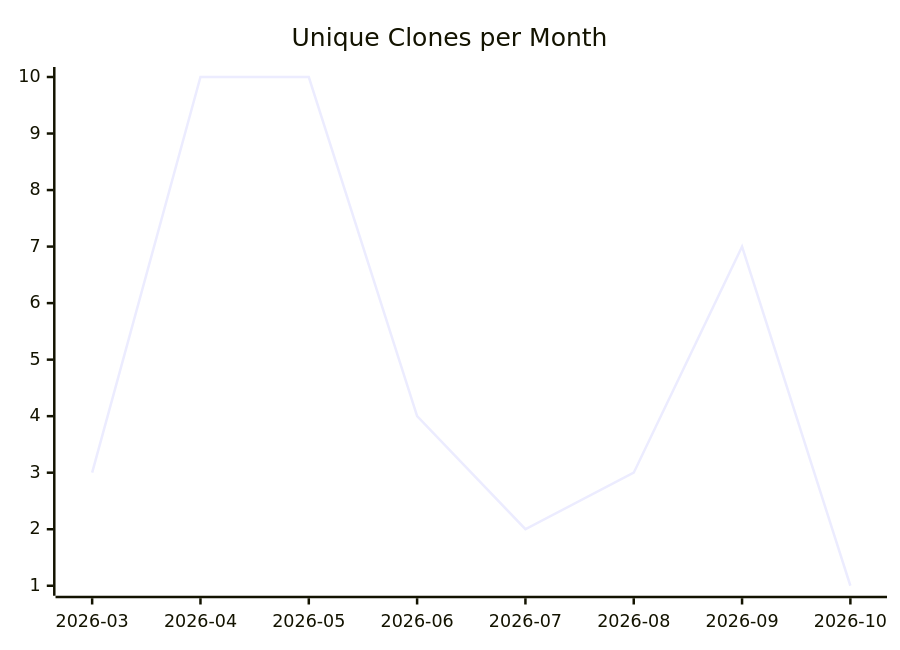
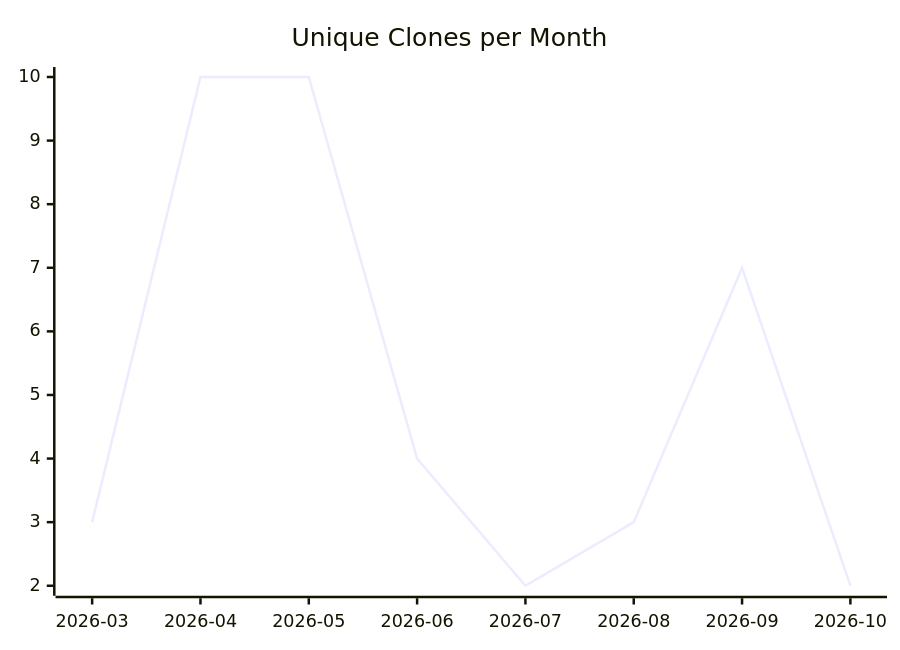
Before and after one commit to justdavis-family/github-analytics-data: the third of 3 diagrams in karlmdavis/stockfighter-trades-solutions/README.md, drawn with Mermaid. The commit also changed other lines of this file and 198 other files, not shown here.

````diff
--- a/karlmdavis/stockfighter-trades-solutions/README.md
+++ b/karlmdavis/stockfighter-trades-solutions/README.md
@@ -19,6 +19,6 @@
 ```mermaid
 xychart-beta
   title "Unique Clones per Month"
   x-axis ["2026-03", "2026-04", "2026-05", "2026-06", "2026-07", "2026-08", "2026-09", "2026-10"]
-  line [3, 10, 10, 4, 2, 3, 7, 1]
+  line [3, 10, 10, 4, 2, 3, 7, 2]
 ```
````
